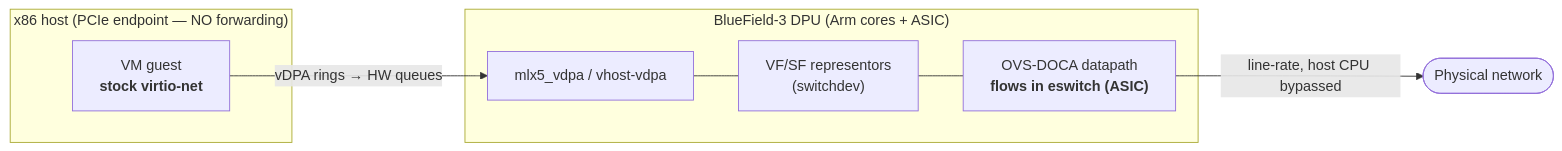
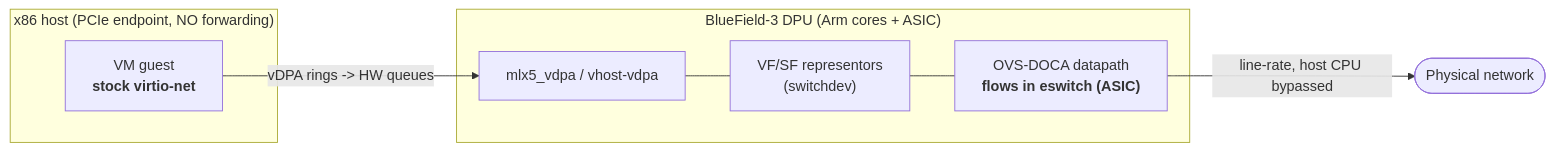
One commit to vickysharma-prog/opi-assignment-2-2026 changed the second of 2 diagrams in dpu_offload_concept.md. Above: the diagram before and after it, drawn with Mermaid. The commit also changed other lines of this file and 5 other files, not shown here.

````diff
--- a/dpu_offload_concept.md
+++ b/dpu_offload_concept.md
@@ -89,15 +89,15 @@
 ```mermaid
 flowchart LR
-    subgraph HOST["x86 host (PCIe endpoint — NO forwarding)"]
+    subgraph HOST["x86 host (PCIe endpoint, NO forwarding)"]
       GUEST["VM guest<br/><b>stock virtio-net</b>"]
     end
     subgraph BF3["BlueField-3 DPU (Arm cores + ASIC)"]
       VDPA["mlx5_vdpa / vhost-vdpa"]
       REP["VF/SF representors<br/>(switchdev)"]
       DOCA["OVS-DOCA datapath<br/><b>flows in eswitch (ASIC)</b>"]
       VDPA --- REP --- DOCA
     end
     WIRE([Physical network])
-    GUEST -->|"vDPA rings → HW queues"| VDPA
+    GUEST -->|"vDPA rings -> HW queues"| VDPA
     DOCA -->|"line-rate, host CPU bypassed"| WIRE
 ```
````
